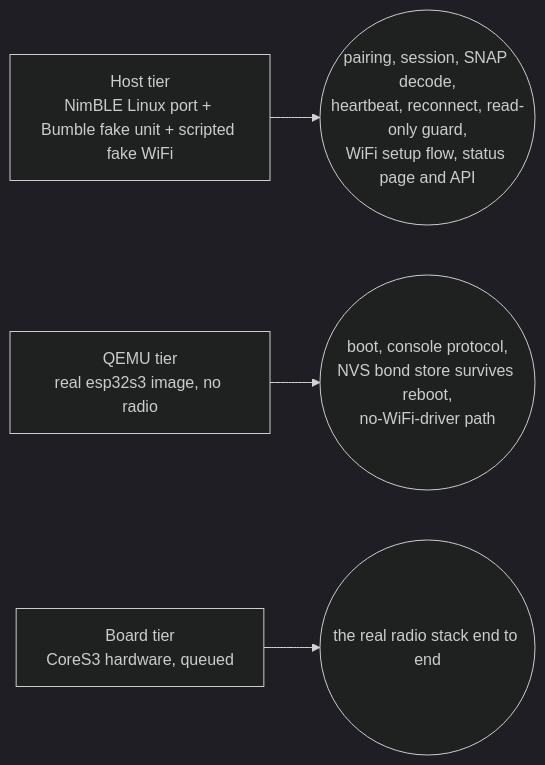
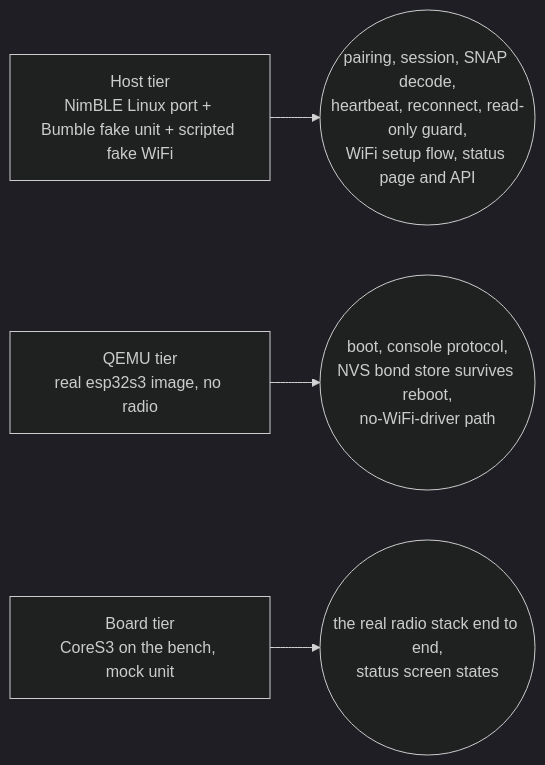
One commit to ckeller42/open-california changed the first of 2 diagrams in docs/firmware.md. Above: the diagram before and after it, drawn with Mermaid (dark theme). The commit also changed other lines of this file and 8 other files, not shown here.

First line of the commit message:
docs+tools: status display board acceptance against the mock unit, R_FW_STATUS_DISPLAY (#154)

````diff
--- a/docs/firmware.md
+++ b/docs/firmware.md
@@ -22,6 +22,6 @@
 ```mermaid
 flowchart LR
   H["Host tier<br/>NimBLE Linux port + Bumble fake unit + scripted fake WiFi"] --> HP(("pairing, session, SNAP decode,<br/>heartbeat, reconnect, read-only guard,<br/>WiFi setup flow, status page and API"))
   Q["QEMU tier<br/>real esp32s3 image, no radio"] --> QP(("boot, console protocol,<br/>NVS bond store survives reboot,<br/>no-WiFi-driver path"))
-  B["Board tier<br/>CoreS3 hardware, queued"] --> BP(("the real radio stack end to end"))
+  B["Board tier<br/>CoreS3 on the bench, mock unit"] --> BP(("the real radio stack end to end,<br/>status screen states"))
 ```
````
